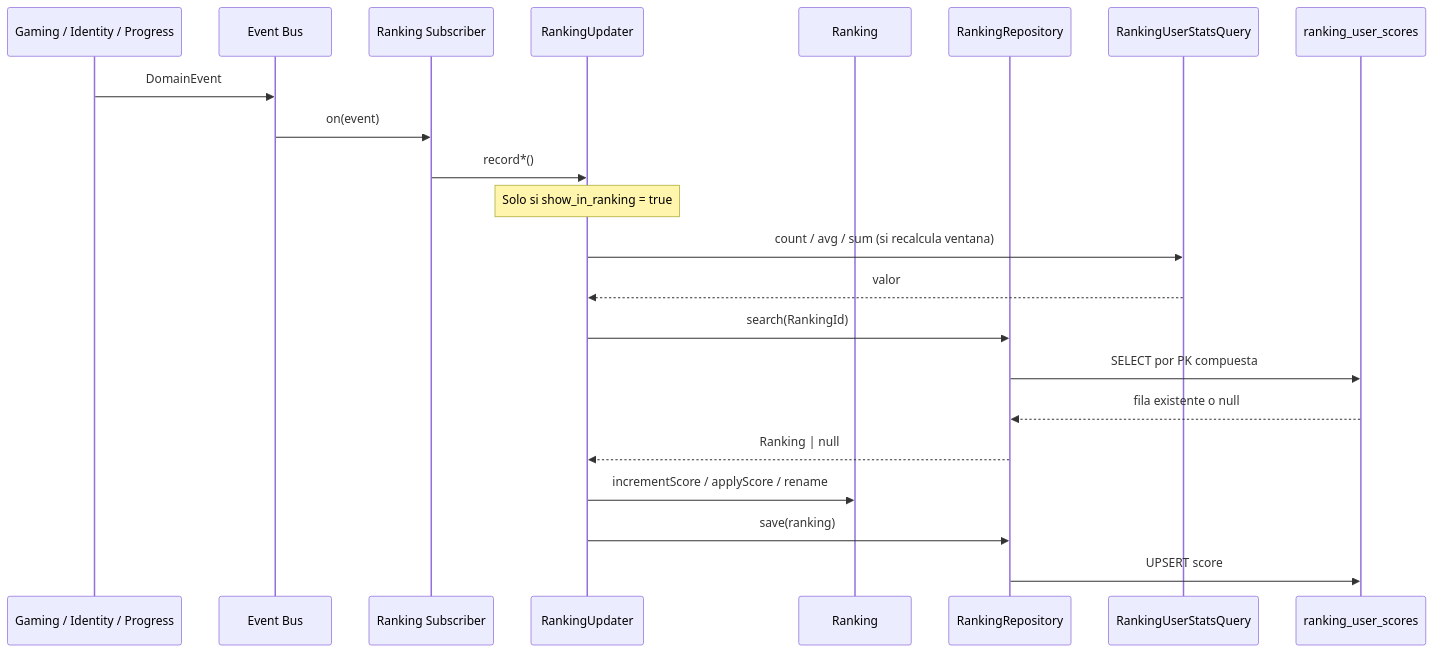
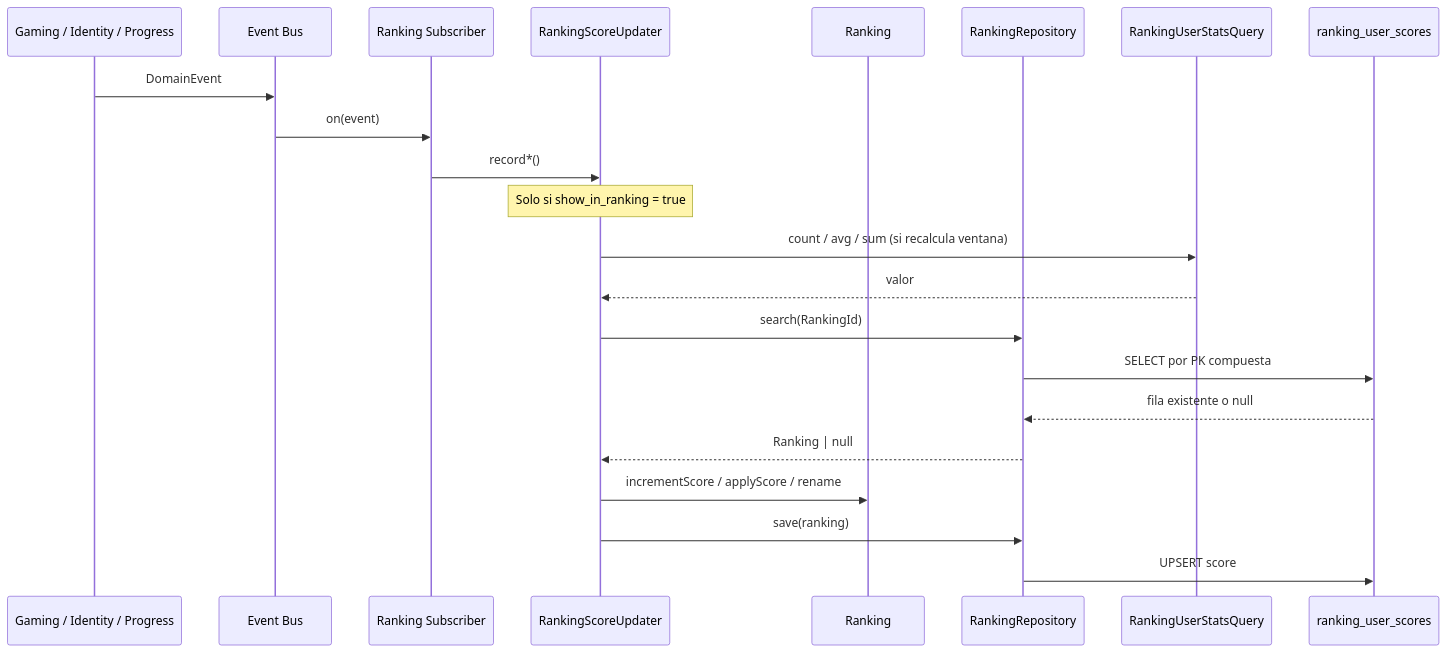
Before and after one commit to AbrahamVilchesDeLaCruz/ididntcatchthat: the diagram in docs/apps/api/ranking/update/sequence.md, drawn with Mermaid. The commit also changed 7 other files, not shown here.

````diff
--- a/docs/apps/api/ranking/update/sequence.md
+++ b/docs/apps/api/ranking/update/sequence.md
@@ -5,25 +5,25 @@
 ```mermaid
 sequenceDiagram
     participant Src as Gaming / Identity / Progress
     participant Bus as Event Bus
     participant H as Ranking Subscriber
-    participant U as RankingUpdater
+    participant U as RankingScoreUpdater
     participant Agg as Ranking
     participant R as RankingRepository
     participant Stats as RankingUserStatsQuery
     participant DB as ranking_user_scores
 
     Src->>Bus: DomainEvent
     Bus->>H: on(event)
     H->>U: record*()
     Note over U: Solo si show_in_ranking = true
     U->>Stats: count / avg / sum (si recalcula ventana)
     Stats-->>U: valor
     U->>R: search(RankingId)
     R->>DB: SELECT por PK compuesta
     DB-->>R: fila existente o null
     R-->>U: Ranking | null
     U->>Agg: incrementScore / applyScore / rename
     U->>R: save(ranking)
     R->>DB: UPSERT score
 ```
````
